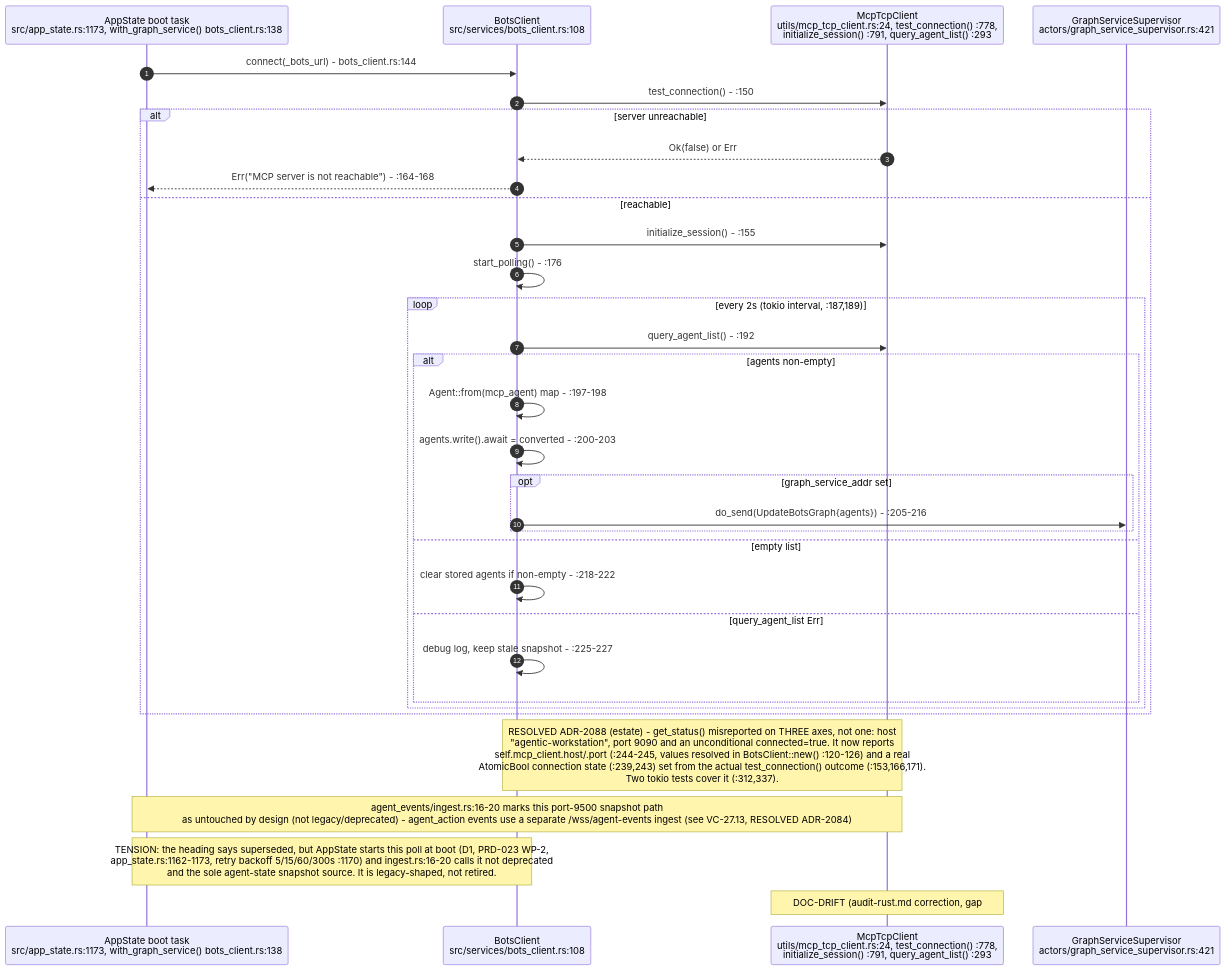
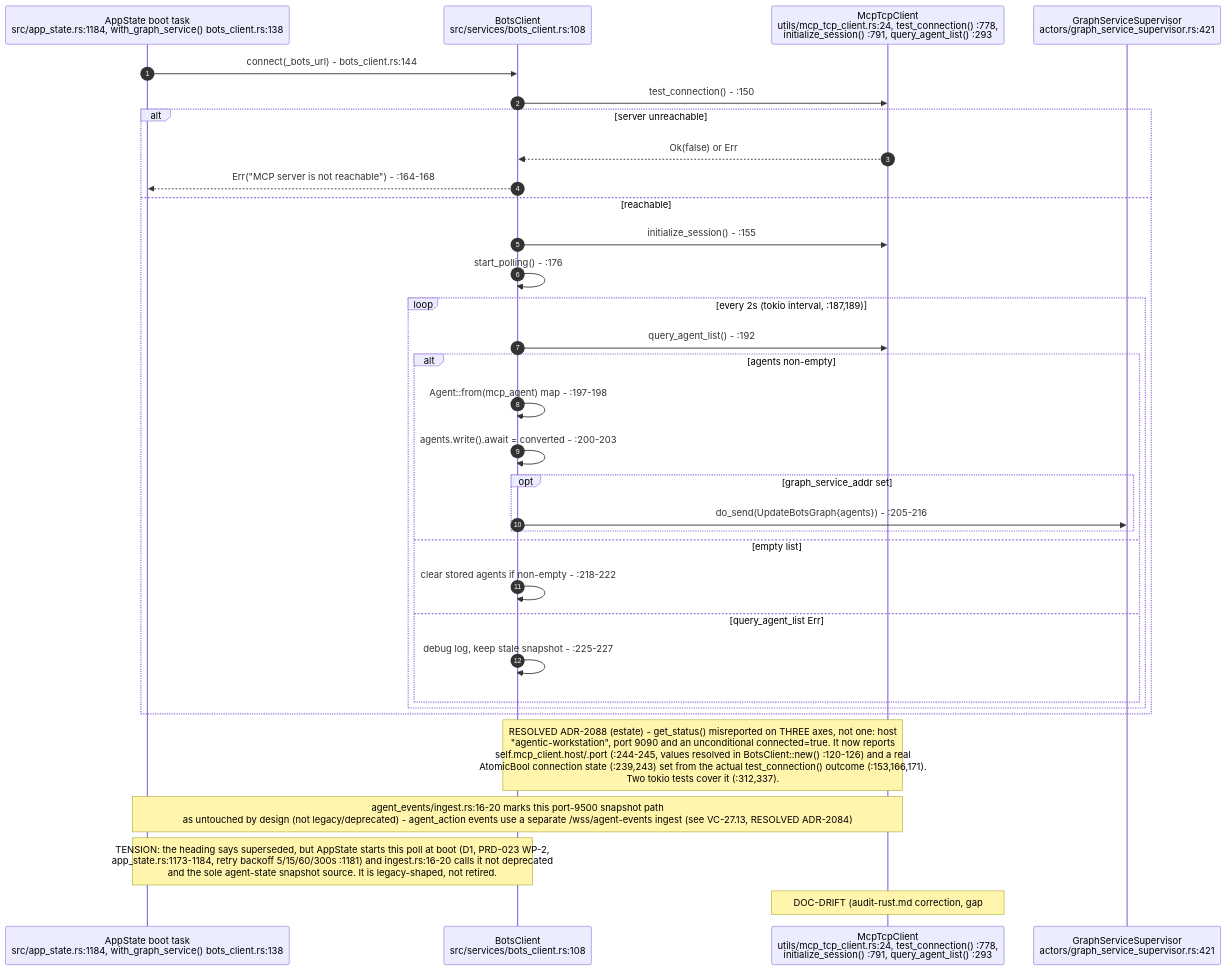
One commit to DreamLab-AI/VisionFlow changed the first of 11 diagrams in docs/diagrams/visionclaw/27-agent-integration-mcp-relay.md. Above: the diagram before and after it, drawn with Mermaid. The commit also changed other lines of this file and 81 other files, not shown here.

First line of the commit message:
docs(diagrams): roll VisionClaw topics to main 010e1109b (PR 37 and 38 merged); fix remaining prose citations

````diff
--- a/docs/diagrams/visionclaw/27-agent-integration-mcp-relay.md
+++ b/docs/diagrams/visionclaw/27-agent-integration-mcp-relay.md
@@ -51,36 +51,36 @@
 ```mermaid
 sequenceDiagram
     autonumber
-    participant Caller as AppState boot task<br/>src/app_state.rs:1173, with_graph_service() bots_client.rs:138
+    participant Caller as AppState boot task<br/>src/app_state.rs:1184, with_graph_service() bots_client.rs:138
     participant BC as BotsClient<br/>src/services/bots_client.rs:108
     participant MCP as McpTcpClient<br/>utils/mcp_tcp_client.rs:24, test_connection() :778,<br/>initialize_session() :791, query_agent_list() :293
     participant GSS as GraphServiceSupervisor<br/>actors/graph_service_supervisor.rs:421
 
     Caller->>BC: connect(_bots_url) - bots_client.rs:144
     BC->>MCP: test_connection() - :150
     alt server unreachable
         MCP-->>BC: Ok(false) or Err
         BC-->>Caller: Err("MCP server is not reachable") - :164-168
     else reachable
         BC->>MCP: initialize_session() - :155
         BC->>BC: start_polling() - :176
         loop every 2s (tokio interval, :187,189)
             BC->>MCP: query_agent_list() - :192
             alt agents non-empty
                 BC->>BC: Agent::from(mcp_agent) map - :197-198
                 BC->>BC: agents.write().await = converted - :200-203
                 opt graph_service_addr set
                     BC->>GSS: do_send(UpdateBotsGraph{agents}) - :205-216
                 end
             else empty list
                 BC->>BC: clear stored agents if non-empty - :218-222
             else query_agent_list Err
                 BC->>BC: debug log, keep stale snapshot - :225-227
             end
         end
     end
     Note over BC,MCP: RESOLVED ADR-2088 (estate) - get_status() misreported on THREE axes, not one: host<br/>"agentic-workstation", port 9090 and an unconditional connected=true. It now reports<br/>self.mcp_client.host/.port (:244-245, values resolved in BotsClient::new() :120-126) and a real<br/>AtomicBool connection state (:239,243) set from the actual test_connection() outcome (:153,166,171).<br/>Two tokio tests cover it (:312,337).
     Note over Caller,MCP: agent_events/ingest.rs:16-20 marks this port-9500 snapshot path<br/>as untouched by design (not legacy/deprecated) - agent_action events use a separate /wss/agent-events ingest (see VC-27.13, RESOLVED ADR-2084)
-    Note over Caller,BC: TENSION: the heading says superseded, but AppState starts this poll at boot (D1, PRD-023 WP-2,<br/>app_state.rs:1162-1173, retry backoff 5/15/60/300s :1170) and ingest.rs:16-20 calls it not deprecated<br/>and the sole agent-state snapshot source. It is legacy-shaped, not retired.
+    Note over Caller,BC: TENSION: the heading says superseded, but AppState starts this poll at boot (D1, PRD-023 WP-2,<br/>app_state.rs:1173-1184, retry backoff 5/15/60/300s :1181) and ingest.rs:16-20 calls it not deprecated<br/>and the sole agent-state snapshot source. It is legacy-shaped, not retired.
     Note over MCP: DOC-DRIFT (audit-rust.md correction, gap #2): a SECOND file also named mcp_tcp_client.rs<br/>exists at src/client/mcp_tcp_client.rs, defining McpTelemetryClient (struct src/client/mcp_tcp_client.rs:10,<br/>impl :17). grep confirms it is dead - src/client/mod.rs:1,3 declares and re-exports it but nothing else in<br/>src/ constructs or calls it. The live MCP-TCP hop is exclusively utils/mcp_tcp_client.rs::McpTcpClient<br/>shown above (used by bots_client.rs, ontology_class_index.rs, multi_mcp_agent_discovery.rs,<br/>the analytics anomaly/clustering handlers and bin/test_mcp_connection.rs)
 ```
````
